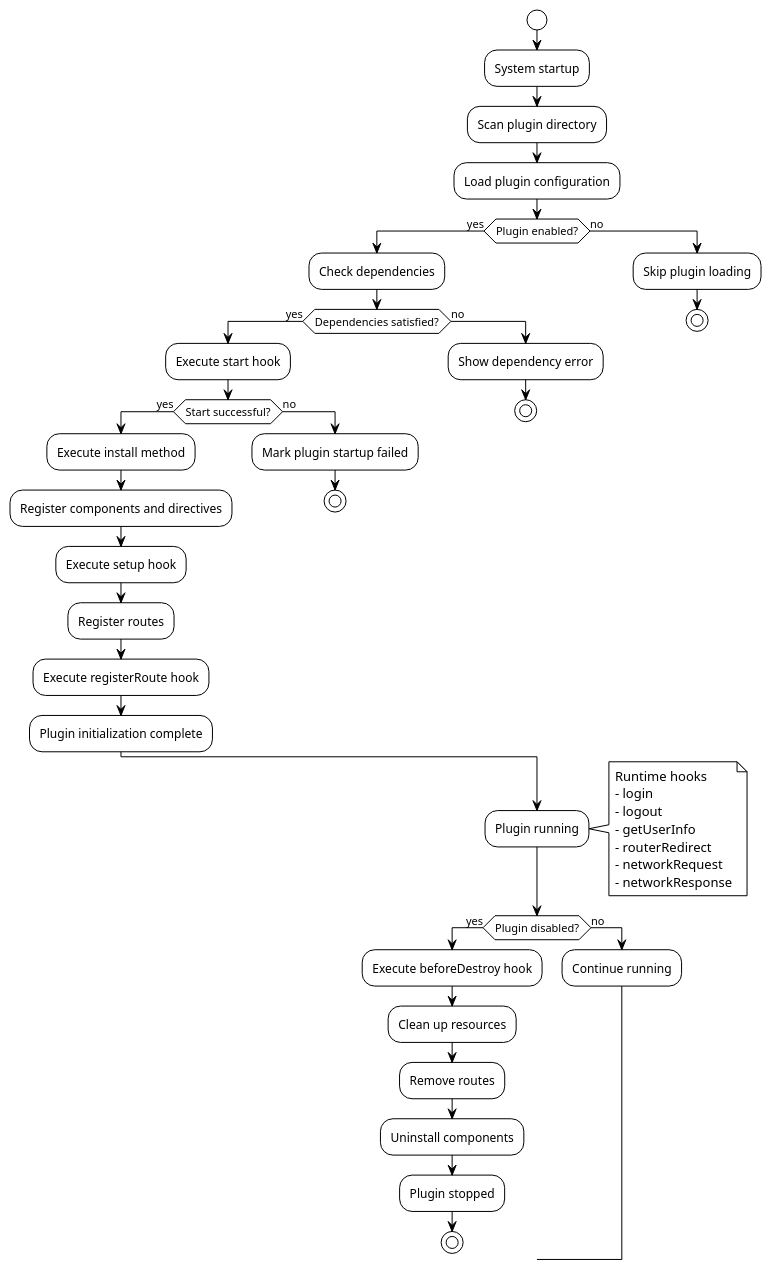
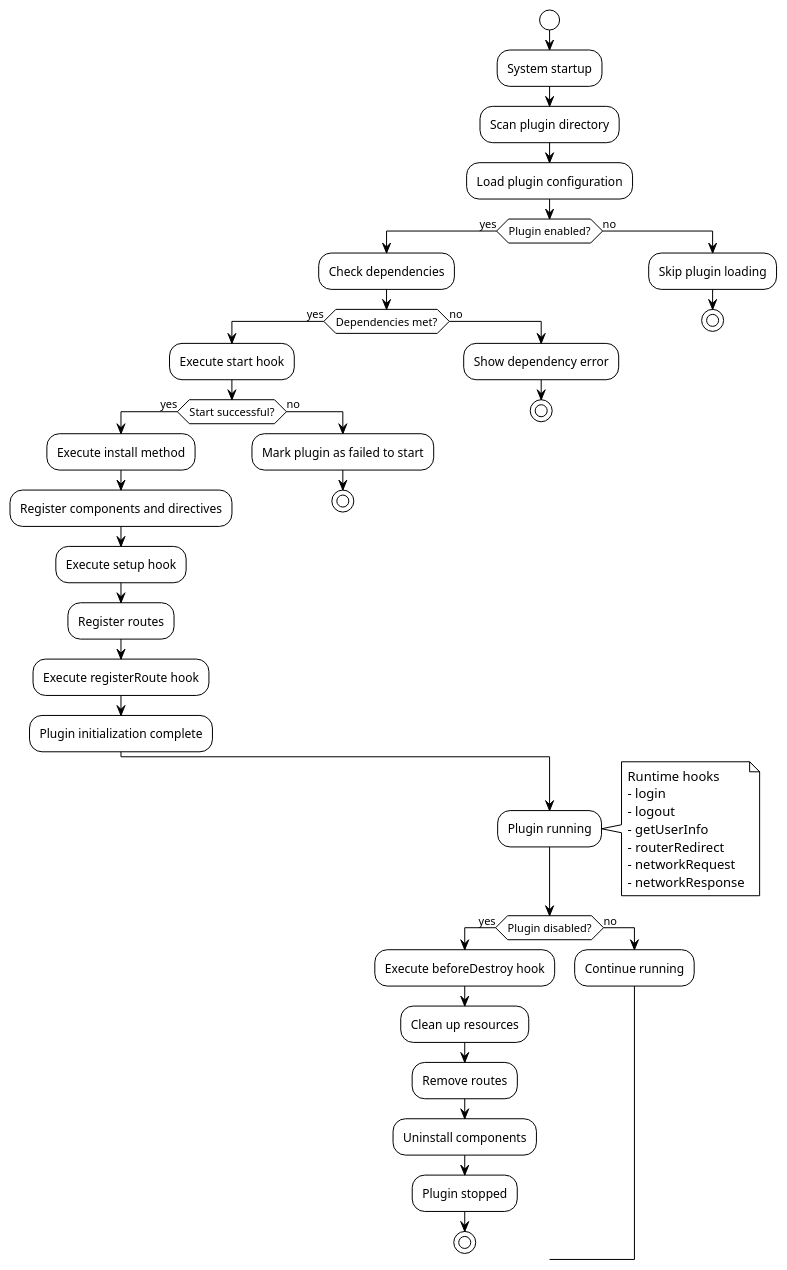
Before and after one commit to mineadmin/doc-v3: the second of 2 diagrams in docs/en/front/high/plugins.md, drawn with PlantUML. The commit also changed other lines of this file and 33 other files, not shown here.

````diff
--- a/docs/en/front/high/plugins.md
+++ b/docs/en/front/high/plugins.md
@@ -301,51 +301,51 @@
 ```plantuml
 @startuml
 !theme plain
 
 start
 
 :System startup;
 :Scan plugin directory;
 :Load plugin configuration;
 
 if (Plugin enabled?) then (yes)
   :Check dependencies;
-  if (Dependencies satisfied?) then (yes)
+  if (Dependencies met?) then (yes)
     :Execute start hook;
     if (Start successful?) then (yes)
       :Execute install method;
       :Register components and directives;
       :Execute setup hook;
       :Register routes;
       :Execute registerRoute hook;
       :Plugin initialization complete;
     else (no)
-      :Mark plugin startup failed;
+      :Mark plugin as failed to start;
       stop
     endif
   else (no)
     :Show dependency error;
     stop
   endif
 else (no)
   :Skip plugin loading;
   stop
 endif
 
 :Plugin running;
 
 note right: Runtime hooks\n- login\n- logout\n- getUserInfo\n- routerRedirect\n- networkRequest\n- networkResponse
 
 if (Plugin disabled?) then (yes)
   :Execute beforeDestroy hook;
   :Clean up resources;
   :Remove routes;
   :Uninstall components;
   :Plugin stopped;
   stop
 else (no)
   :Continue running;
 endif
 
 @enduml
 ```
````
